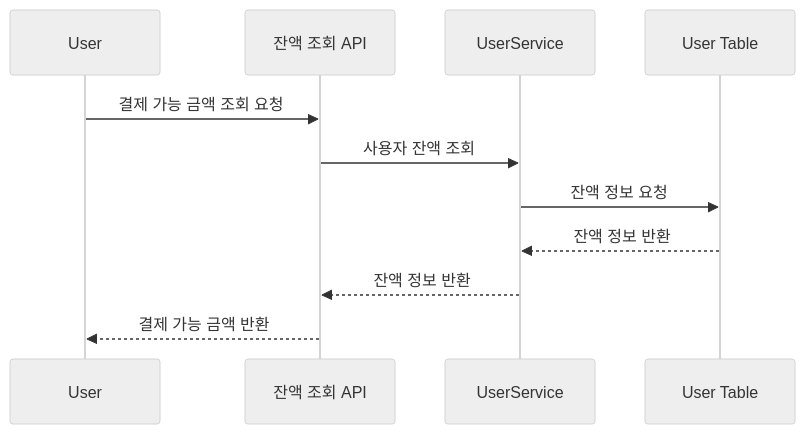
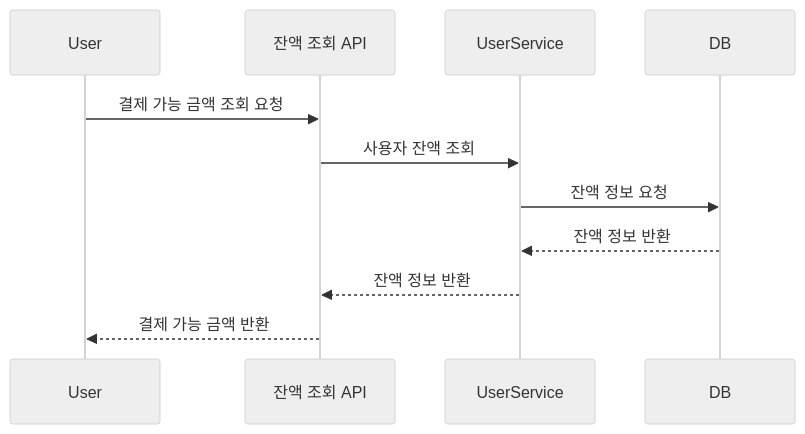
The fifth of 9 diagrams in README.md (maiorem/ticket-reservation), drawn with Mermaid (neutral theme) before and after one commit. The commit also changed other lines of this file, not shown here.

Commit message:
set: 마일스톤 및 시퀀스 다이어그램 작성

````diff
--- a/README.md
+++ b/README.md
@@ -156,16 +156,16 @@
 ```mermaid
 sequenceDiagram
     participant User
     participant 잔액 조회 API
     participant UserService
-    participant User Table
+    participant DB
 
     %% 잔액 조회
     User->>잔액 조회 API: 결제 가능 금액 조회 요청
     잔액 조회 API->>UserService: 사용자 잔액 조회
-    UserService->>User Table: 잔액 정보 요청
-    User Table-->>UserService: 잔액 정보 반환
+    UserService->>DB: 잔액 정보 요청
+    DB-->>UserService: 잔액 정보 반환
     UserService-->>잔액 조회 API: 잔액 정보 반환
     잔액 조회 API-->>User: 결제 가능 금액 반환
 
 ```
````
